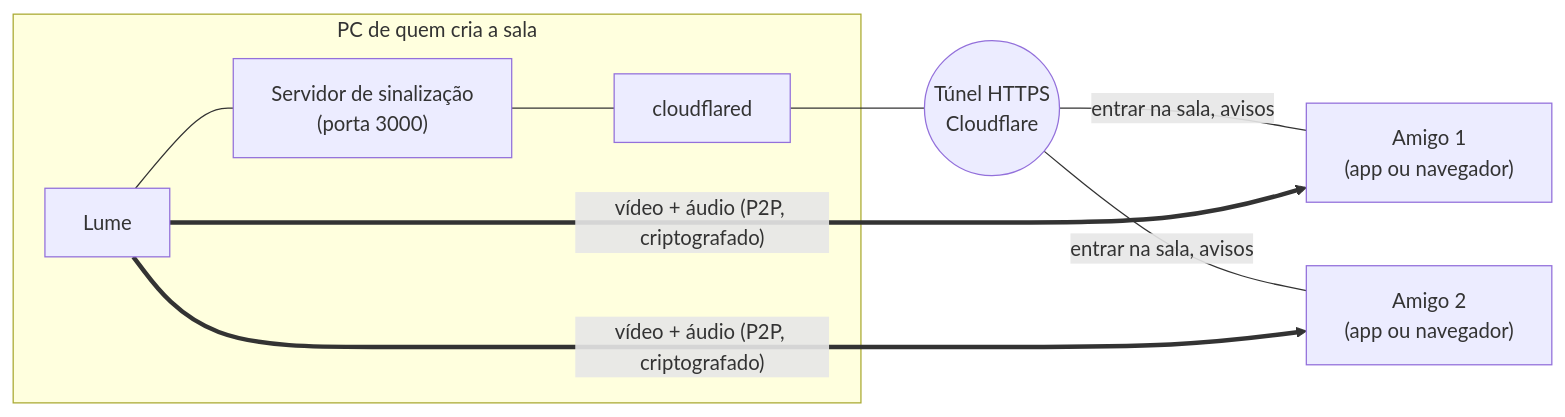
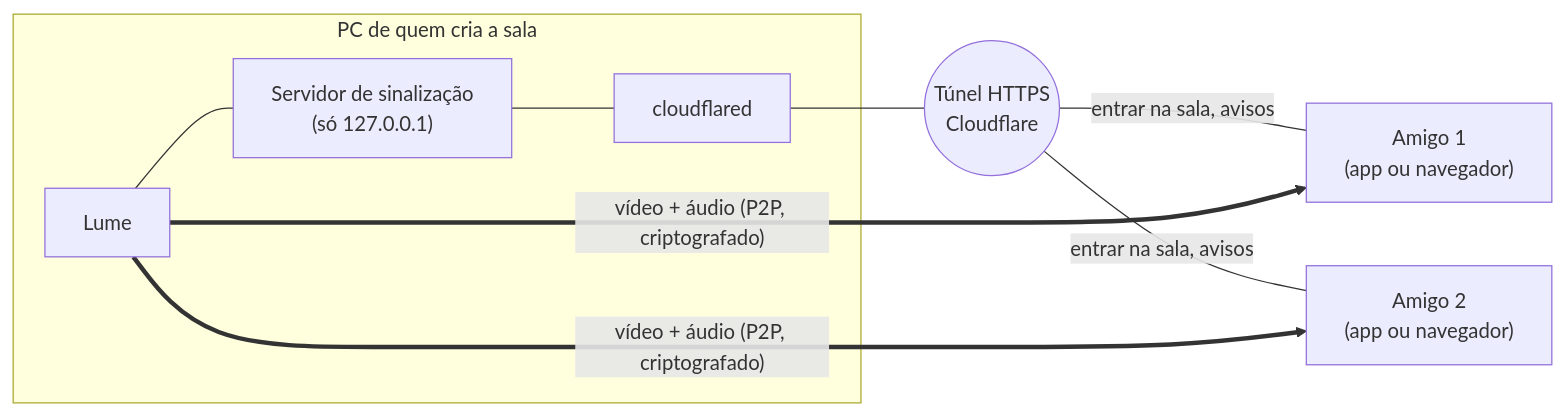
One commit to LuisFilipeZM/lume changed the diagram in README.md. Above: the diagram before and after it, drawn with Mermaid. The commit also changed other lines of this file and 2 other files, not shown here.

````diff
--- a/README.md
+++ b/README.md
@@ -53,18 +24,18 @@
 ```mermaid
 flowchart LR
     subgraph A["PC de quem cria a sala"]
         APP["Lume"]
-        SRV["Servidor de sinalização<br/>(porta 3000)"]
+        SRV["Servidor de sinalização<br/>(só 127.0.0.1)"]
         CF["cloudflared"]
         APP --- SRV
         SRV --- CF
     end
     TUN(("Túnel HTTPS<br/>Cloudflare"))
     B["Amigo 1<br/>(app ou navegador)"]
     C["Amigo 2<br/>(app ou navegador)"]
     CF --- TUN
     TUN -- "entrar na sala, avisos" --- B
     TUN -- "entrar na sala, avisos" --- C
     APP == "vídeo + áudio (P2P, criptografado)" ==> B
     APP == "vídeo + áudio (P2P, criptografado)" ==> C
 ```
````
